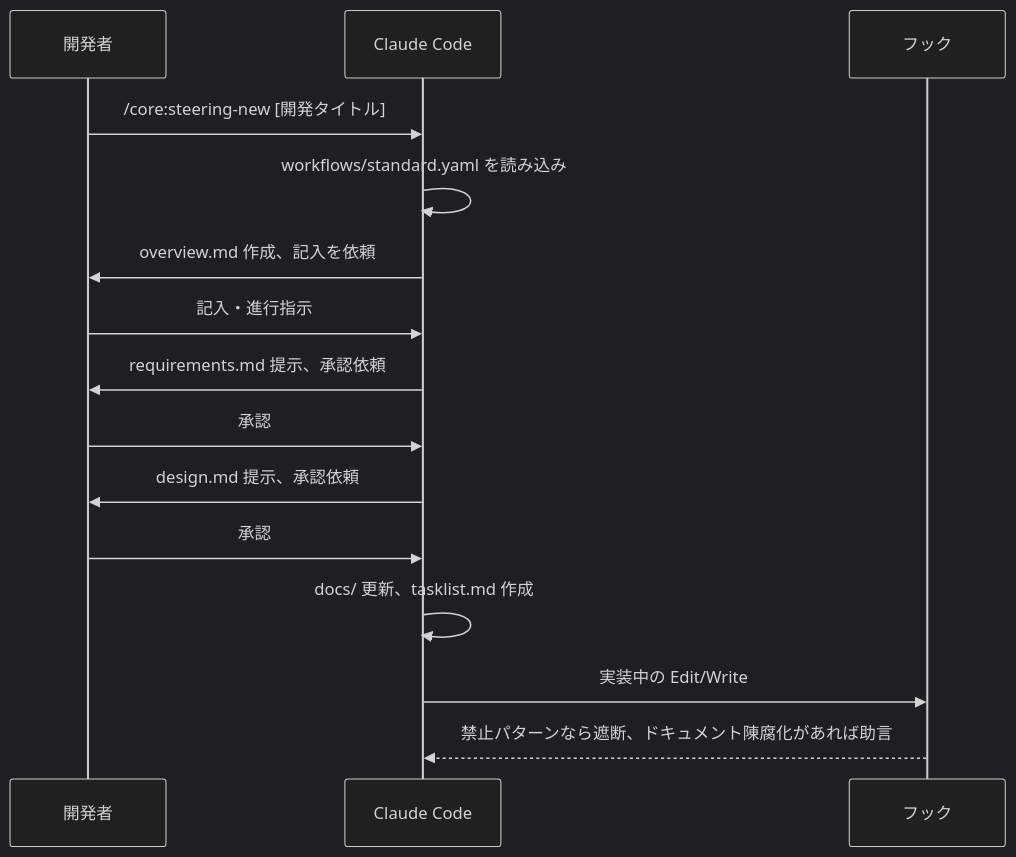
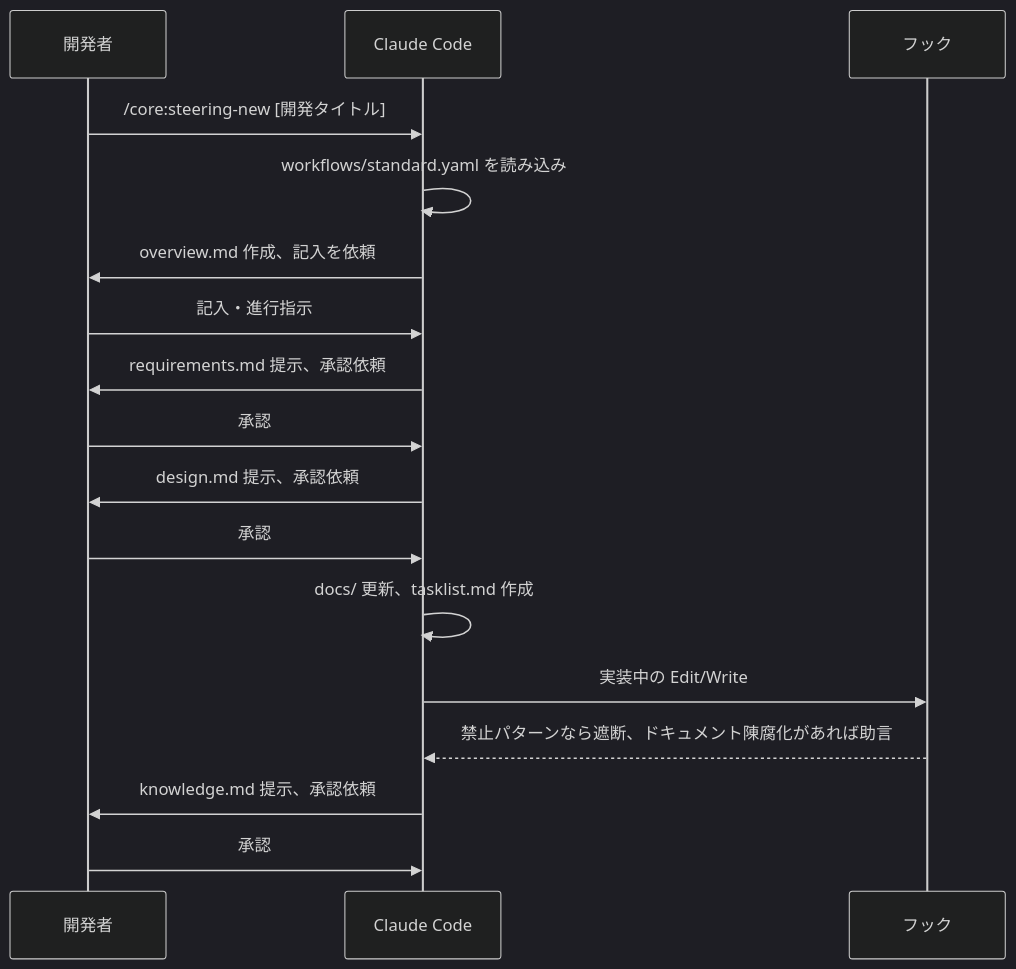
The second of 2 diagrams in docs/functional-design.md (JHashimoto0518/claude-code-toolkit), drawn with Mermaid (dark theme) before and after one commit. The commit also changed other lines of this file and 15 other files, not shown here.

````diff
--- a/docs/functional-design.md
+++ b/docs/functional-design.md
@@ -52,17 +52,19 @@
 ```mermaid
 sequenceDiagram
     participant U as 開発者
     participant C as Claude Code
     participant H as フック
     U->>C: /core:steering-new [開発タイトル]
     C->>C: workflows/standard.yaml を読み込み
     C->>U: overview.md 作成、記入を依頼
     U->>C: 記入・進行指示
     C->>U: requirements.md 提示、承認依頼
     U->>C: 承認
     C->>U: design.md 提示、承認依頼
     U->>C: 承認
     C->>C: docs/ 更新、tasklist.md 作成
     C->>H: 実装中の Edit/Write
     H-->>C: 禁止パターンなら遮断、ドキュメント陳腐化があれば助言
+    C->>U: knowledge.md 提示、承認依頼
+    U->>C: 承認
 ```
````
